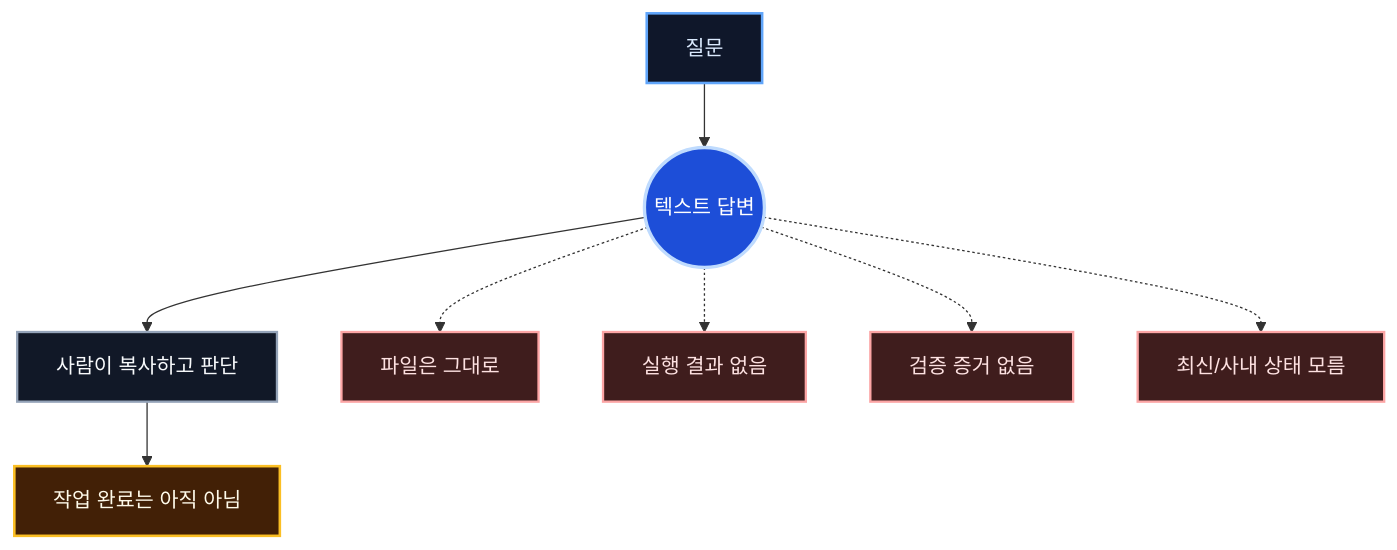
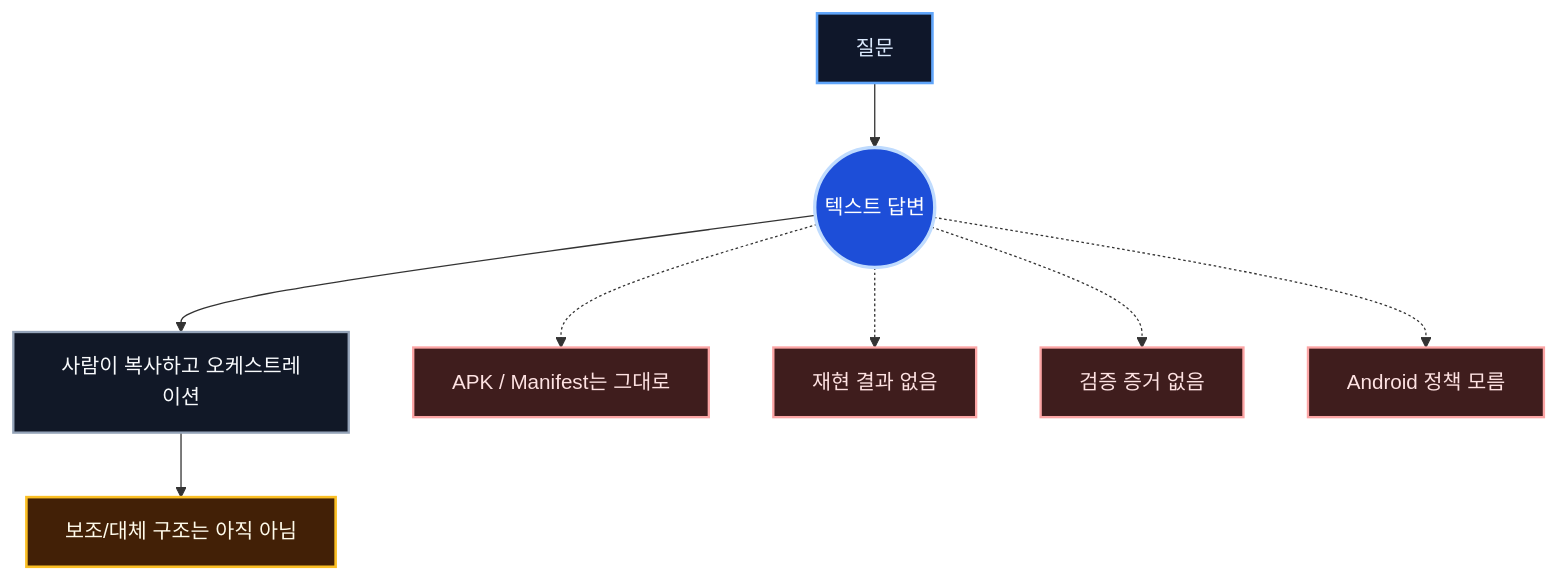
The second of 16 diagrams in docs/ai-agent-effective-use/mermaid-diagrams.md (koalav/present-anyything), drawn with Mermaid before and after one commit. The commit also changed other lines of this file and 26 other files, not shown here.

````diff
--- a/docs/ai-agent-effective-use/mermaid-diagrams.md
+++ b/docs/ai-agent-effective-use/mermaid-diagrams.md
@@ -27,15 +26,15 @@
 ```mermaid
 flowchart TB
   Q["질문"]:::input --> A(("텍스트 답변")):::core
-  A --> Human["사람이 복사하고 판단"]:::human
-  A -.-> F["파일은 그대로"]:::gap
-  A -.-> R["실행 결과 없음"]:::gap
+  A --> Human["사람이 복사하고 오케스트레이션"]:::human
+  A -.-> F["APK / Manifest는 그대로"]:::gap
+  A -.-> R["재현 결과 없음"]:::gap
   A -.-> V["검증 증거 없음"]:::gap
-  A -.-> C["최신/사내 상태 모름"]:::gap
-  Human --> Done["작업 완료는 아직 아님"]:::warn
+  A -.-> C["Android 정책 모름"]:::gap
+  Human --> Done["보조/대체 구조는 아직 아님"]:::warn
   classDef input fill:#0f172a,stroke:#60a5fa,color:#dbeafe,stroke-width:2px;
   classDef core fill:#1d4ed8,stroke:#bfdbfe,color:#ffffff,stroke-width:2.6px;
   classDef human fill:#111827,stroke:#94a3b8,color:#f8fafc,stroke-width:1.8px;
   classDef gap fill:#3f1d1d,stroke:#fca5a5,color:#fee2e2,stroke-width:1.8px;
   classDef warn fill:#422006,stroke:#fbbf24,color:#fffbeb,stroke-width:2px;
 ```
````
